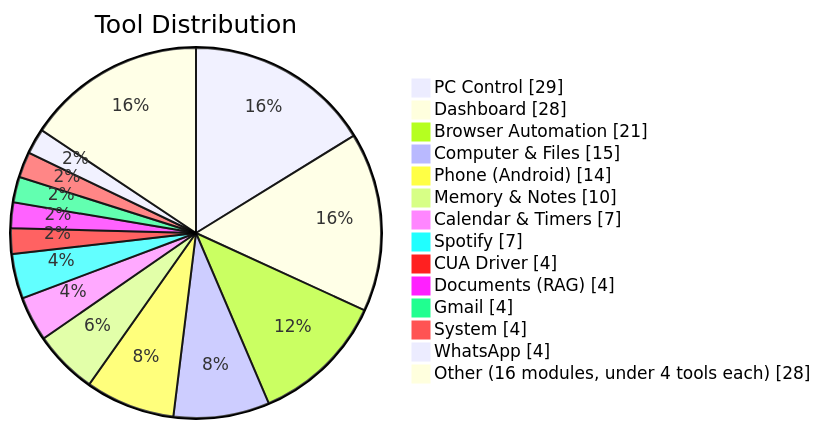
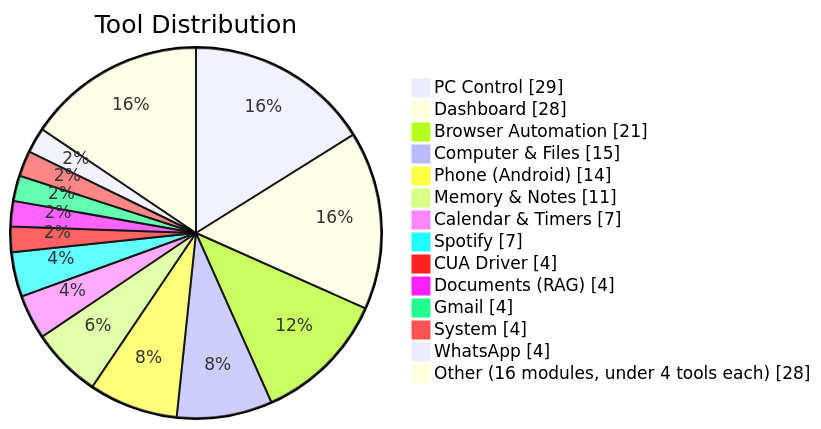
The ninth of 11 diagrams in README.md (HailLucifer666/Agent_OS), drawn with Mermaid before and after one commit. The commit also changed other lines of this file and 93 other files, not shown here.

````diff
--- a/README.md
+++ b/README.md
@@ -423,17 +423,17 @@
 ```mermaid
 pie showData title Tool Distribution
     "PC Control" : 29
     "Dashboard" : 28
     "Browser Automation" : 21
     "Computer & Files" : 15
     "Phone (Android)" : 14
-    "Memory & Notes" : 10
+    "Memory & Notes" : 11
     "Calendar & Timers" : 7
     "Spotify" : 7
     "CUA Driver" : 4
     "Documents (RAG)" : 4
     "Gmail" : 4
     "System" : 4
     "WhatsApp" : 4
     "Other (16 modules, under 4 tools each)" : 28
 ```
````
